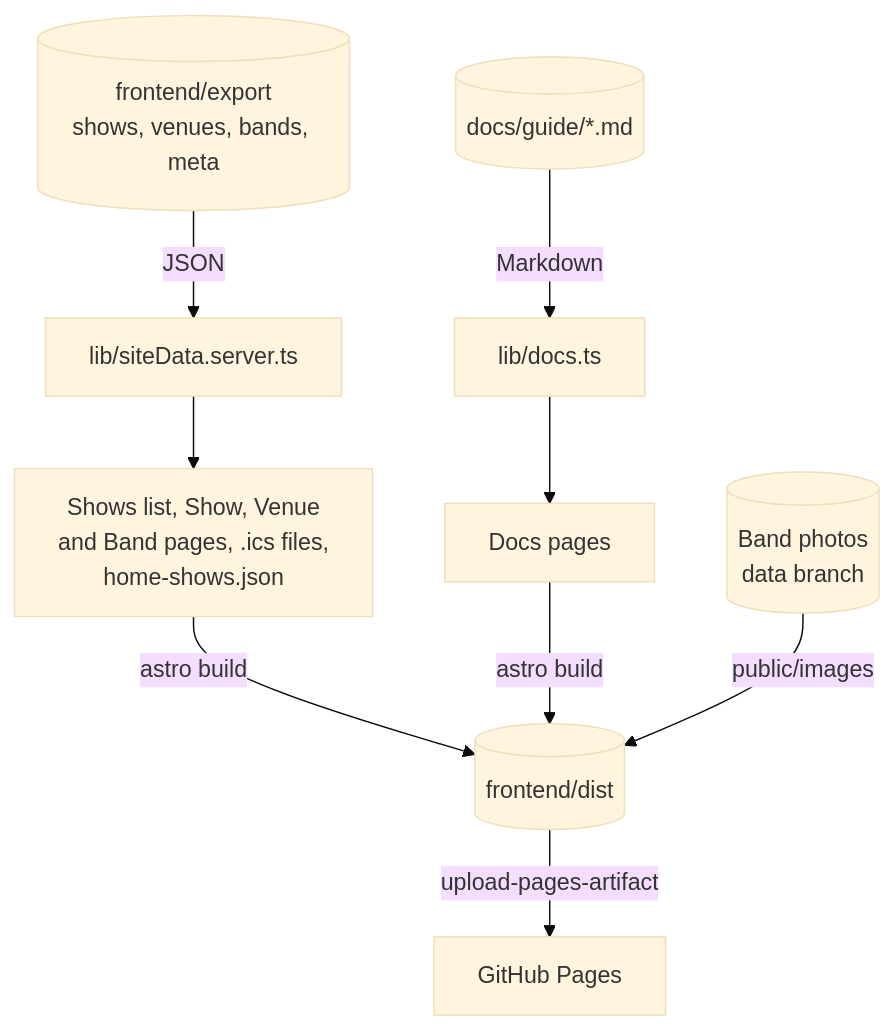
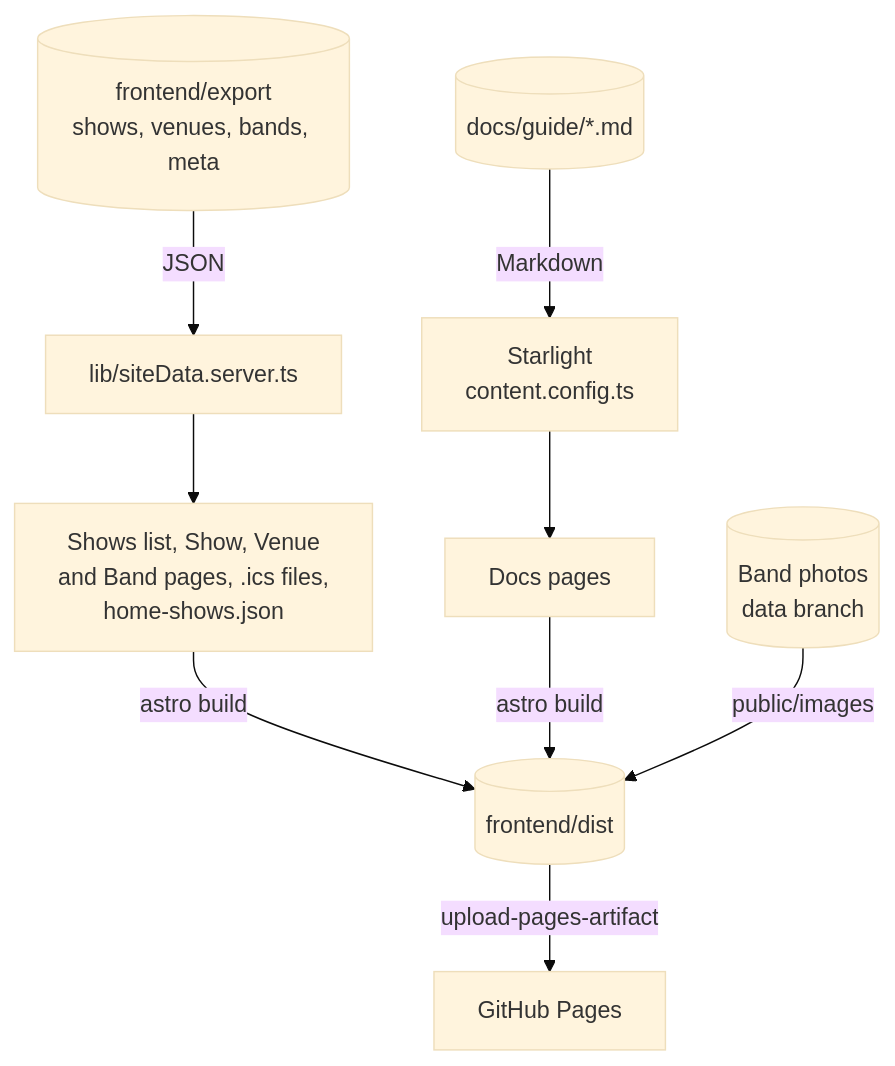
One commit to jsturgis/the_list changed the first of 6 diagrams in docs/guide/architecture.md. Above: the diagram before and after it, drawn with Mermaid (base theme). The commit also changed other lines of this file and 33 other files, not shown here.

First line of the commit message:
The docs are rendered by Starlight, in the site's colours

````diff
--- a/docs/guide/architecture.md
+++ b/docs/guide/architecture.md
@@ -23,19 +23,19 @@
 ```mermaid
 flowchart TD
   accTitle: The site at build time
-  accDescr: lib/siteData.server.ts reads the export JSON for the Shows list, the Show, Venue and Band pages, the .ics files and home-shows.json; lib/docs.ts turns the guides' Markdown into the docs pages. astro build writes every page to frontend/dist, with the Band photos, and the Deploy workflow uploads it to GitHub Pages.
+  accDescr: lib/siteData.server.ts reads the export JSON for the Shows list, the Show, Venue and Band pages, the .ics files and home-shows.json; Starlight turns the guides' Markdown into the docs pages. astro build writes every page to frontend/dist, with the Band photos, and the Deploy workflow uploads it to GitHub Pages.
   export[("frontend/export<br/>shows, venues, bands, meta")]
   guides[("docs/guide/*.md")]
   siteData["lib/siteData.server.ts"]
-  docsLib["lib/docs.ts"]
+  docsLib["Starlight<br/>content.config.ts"]
   dataPages["Shows list, Show, Venue<br/>and Band pages, .ics files,<br/>home-shows.json"]
   docsPages["Docs pages"]
   photos[("Band photos<br/>data branch")]
   dist[("frontend/dist")]
   host["GitHub Pages"]
   export -->|"JSON"| siteData --> dataPages
   guides -->|"Markdown"| docsLib --> docsPages
   dataPages & docsPages -->|"astro build"| dist
   photos -->|"public/images"| dist
   dist -->|"upload-pages-artifact"| host
 ```
````
